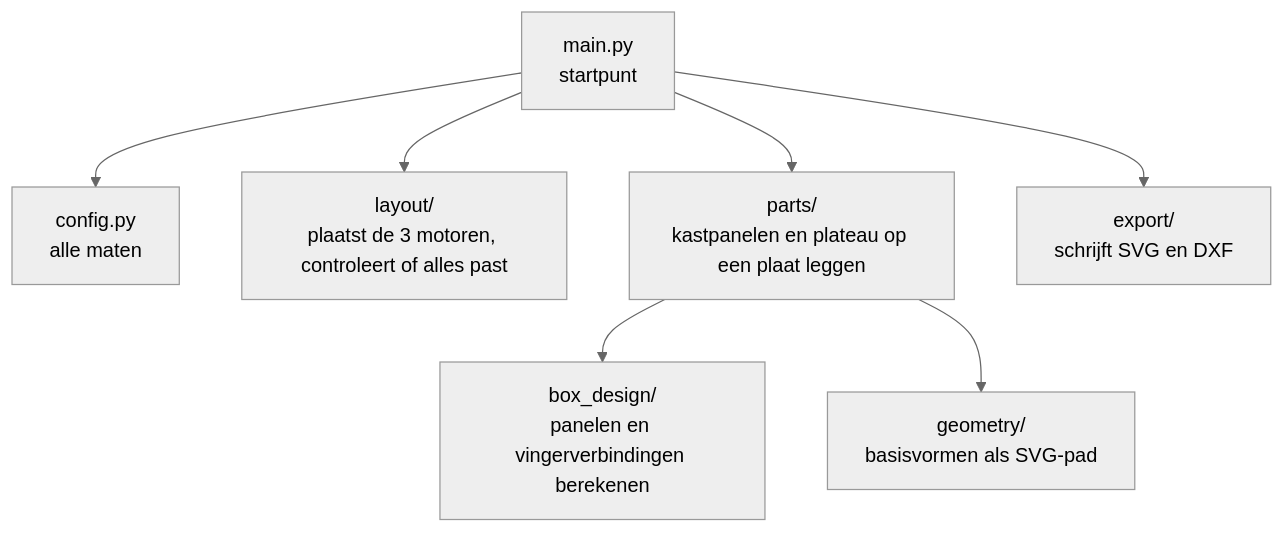
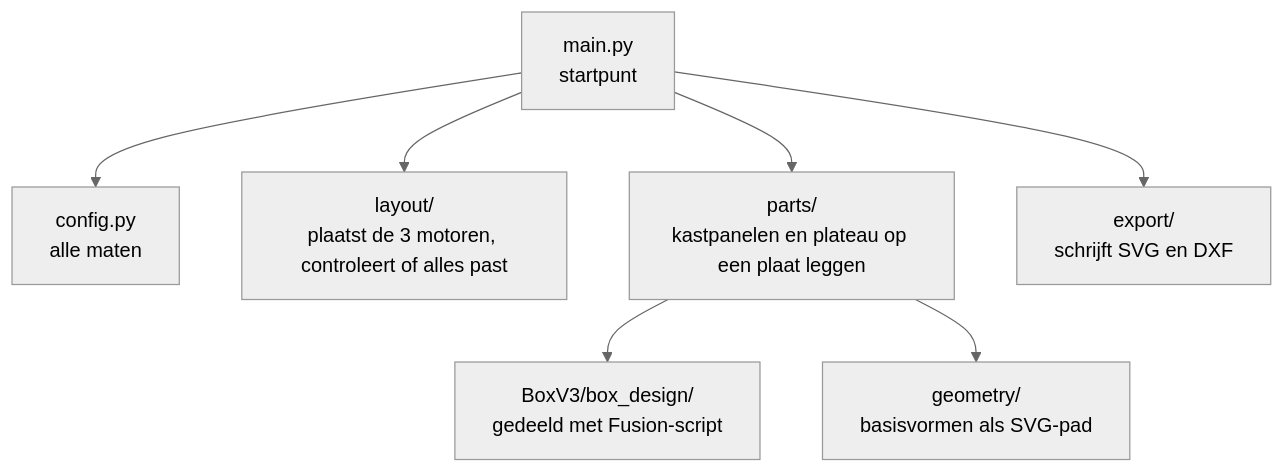
The diagram in Hardware/BoxV3/lasersnij/README.md (vives-project-xp/Motio), drawn with Mermaid (neutral theme) before and after one commit. The commit also changed other lines of this file and 27 other files, not shown here.

````diff
--- a/Hardware/BoxV3/lasersnij/README.md
+++ b/Hardware/BoxV3/lasersnij/README.md
@@ -20,9 +20,9 @@
 ```mermaid
 flowchart TD
     main["main.py<br/>startpunt"] --> config["config.py<br/>alle maten"]
     main --> layout["layout/<br/>plaatst de 3 motoren, controleert of alles past"]
     main --> parts["parts/<br/>kastpanelen en plateau op een plaat leggen"]
-    parts --> boxdesign["box_design/<br/>panelen en vingerverbindingen berekenen"]
+    parts --> boxdesign["BoxV3/box_design/<br/>gedeeld met Fusion-script"]
     parts --> geometry["geometry/<br/>basisvormen als SVG-pad"]
     main --> export["export/<br/>schrijft SVG en DXF"]
 ```
````
